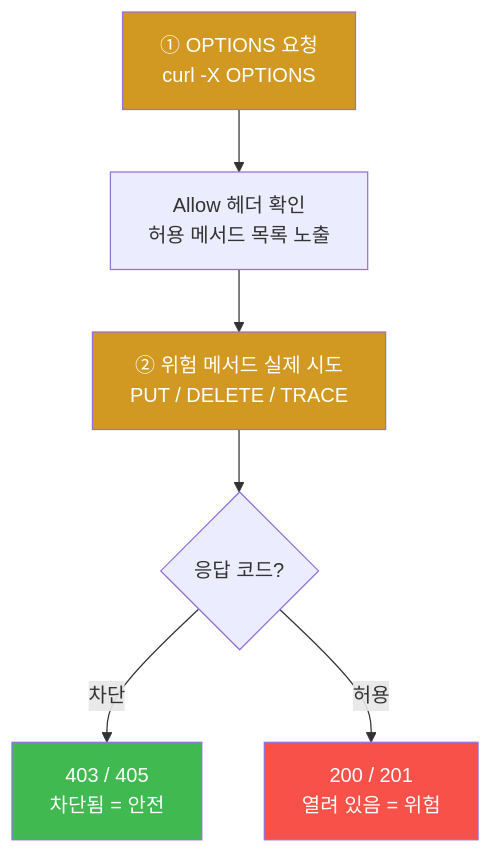
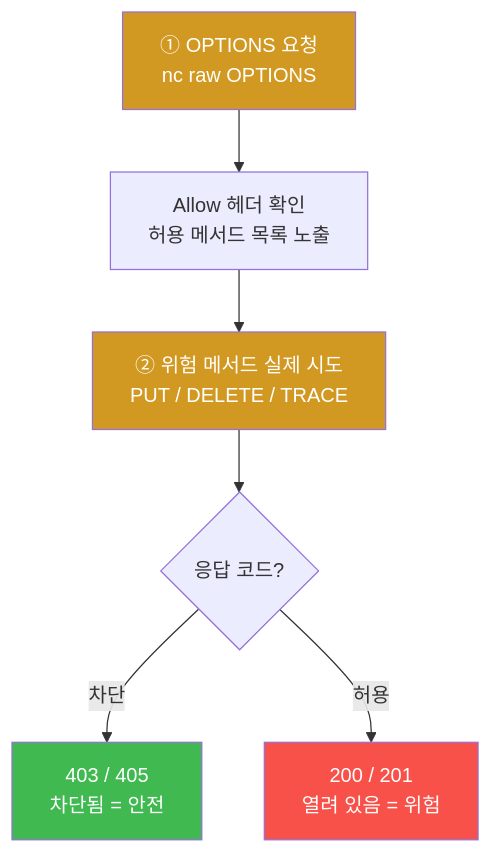
The sixth of 9 diagrams in contents/training/web-vuln/lecture_week01.md (mrgrit/tw2), drawn with Mermaid before and after one commit. The commit also changed other lines of this file and 99 other files, not shown here.

````diff
--- a/contents/training/web-vuln/lecture_week01.md
+++ b/contents/training/web-vuln/lecture_week01.md
@@ -324,16 +324,16 @@
 ```mermaid
 graph TD
-    OPT["① OPTIONS 요청<br/>curl -X OPTIONS"]
+    OPT["① OPTIONS 요청<br/>nc raw OPTIONS"]
     ALLOW["Allow 헤더 확인<br/>허용 메서드 목록 노출"]
     TRY["② 위험 메서드 실제 시도<br/>PUT / DELETE / TRACE"]
     JUDGE{"응답 코드?"}
     SAFE["403 / 405<br/>차단됨 = 안전"]
     RISK["200 / 201<br/>열려 있음 = 위험"]
     OPT --> ALLOW --> TRY --> JUDGE
     JUDGE -->|차단| SAFE
     JUDGE -->|허용| RISK
     style OPT fill:#d29922,color:#fff
     style TRY fill:#d29922,color:#fff
     style SAFE fill:#3fb950,color:#fff
     style RISK fill:#f85149,color:#fff
 ```
````
